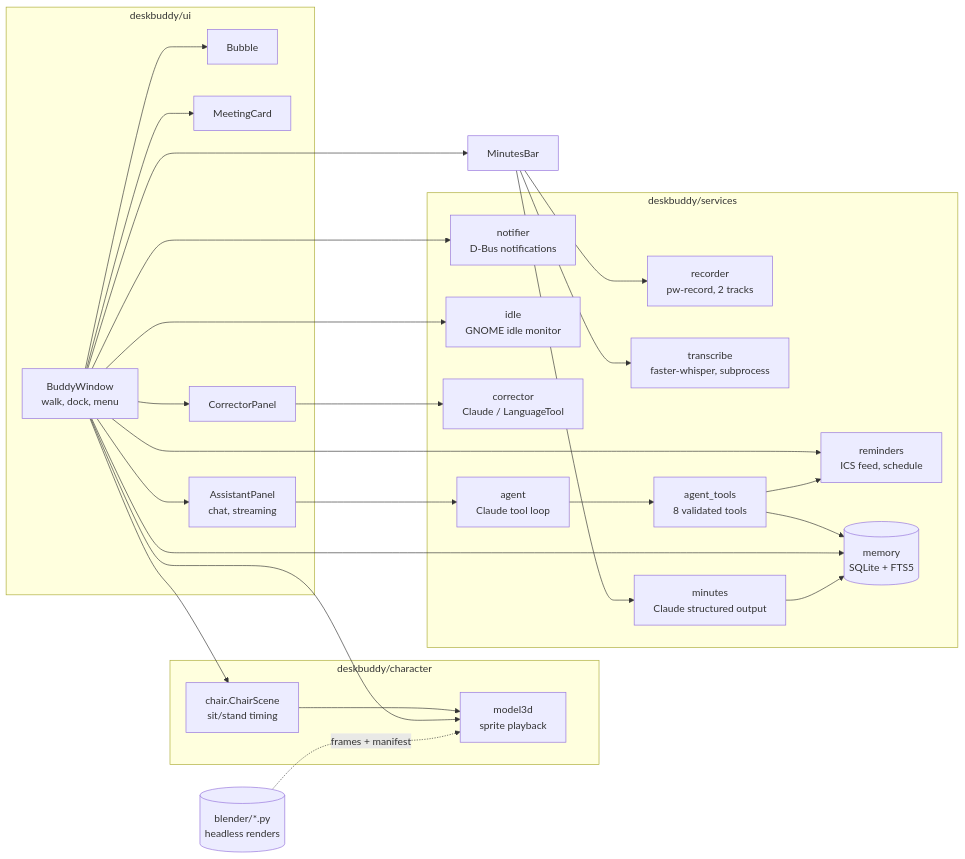
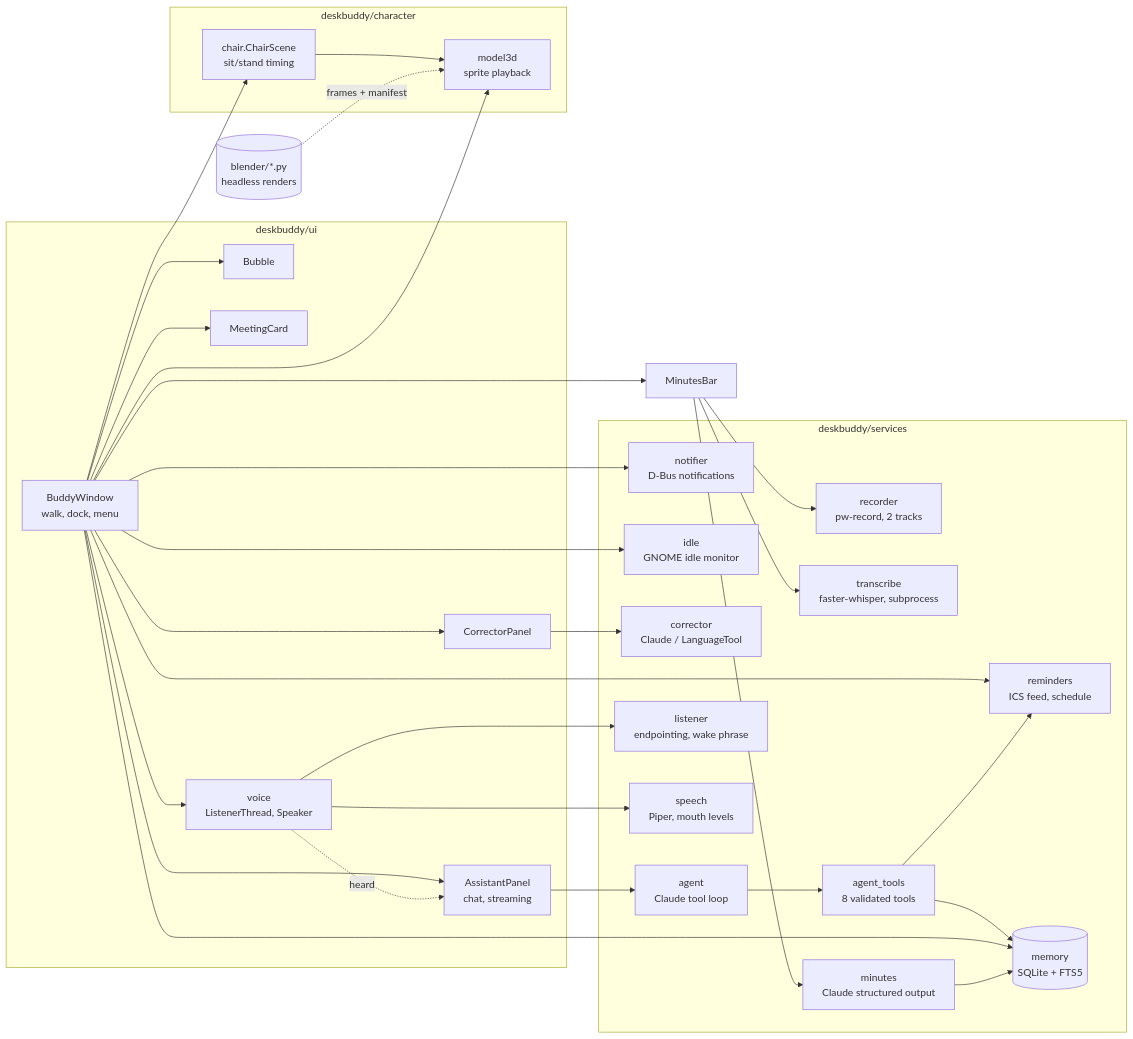
The diagram in README.md (ChandraSKN/Desktop-buddy-), drawn with Mermaid before and after one commit. The commit also changed other lines of this file and 17 other files, not shown here.

````diff
--- a/README.md
+++ b/README.md
@@ -244,34 +270,39 @@
 ```mermaid
 flowchart LR
     subgraph ui[deskbuddy/ui]
         W[BuddyWindow<br/>walk, dock, menu] --> B[Bubble]
         W --> MC[MeetingCard]
         W --> CP[CorrectorPanel]
         W --> AP[AssistantPanel<br/>chat, streaming]
+        W --> V[voice<br/>ListenerThread, Speaker]
     end
     subgraph character[deskbuddy/character]
         CH[chair.ChairScene<br/>sit/stand timing] --> M3[model3d<br/>sprite playback]
     end
     subgraph services[deskbuddy/services]
         R[reminders<br/>ICS feed, schedule]
         N[notifier<br/>D-Bus notifications]
         I[idle<br/>GNOME idle monitor]
         C[corrector<br/>Claude / LanguageTool]
         AG[agent<br/>Claude tool loop]
         REC[recorder<br/>pw-record, 2 tracks]
         TR[transcribe<br/>faster-whisper, subprocess]
         MIN[minutes<br/>Claude structured output]
+        L[listener<br/>endpointing, wake phrase]
+        SP[speech<br/>Piper, mouth levels]
         T[agent_tools<br/>8 validated tools]
         MEM[(memory<br/>SQLite + FTS5)]
     end
     W --> CH
     W --> M3
     W --> R & N & I
     CP --> C
     AP --> AG --> T
     T --> MEM & R
     W --> MEM
     W --> MB[MinutesBar] --> REC & TR & MIN
     MIN --> MEM
+    V --> L & SP
+    V -. heard .-> AP
     BL[(blender/*.py<br/>headless renders)] -. frames + manifest .-> M3
 ```
````
